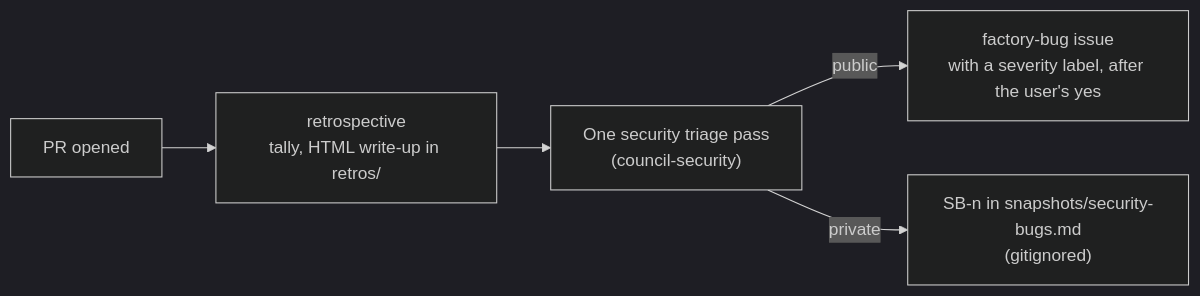
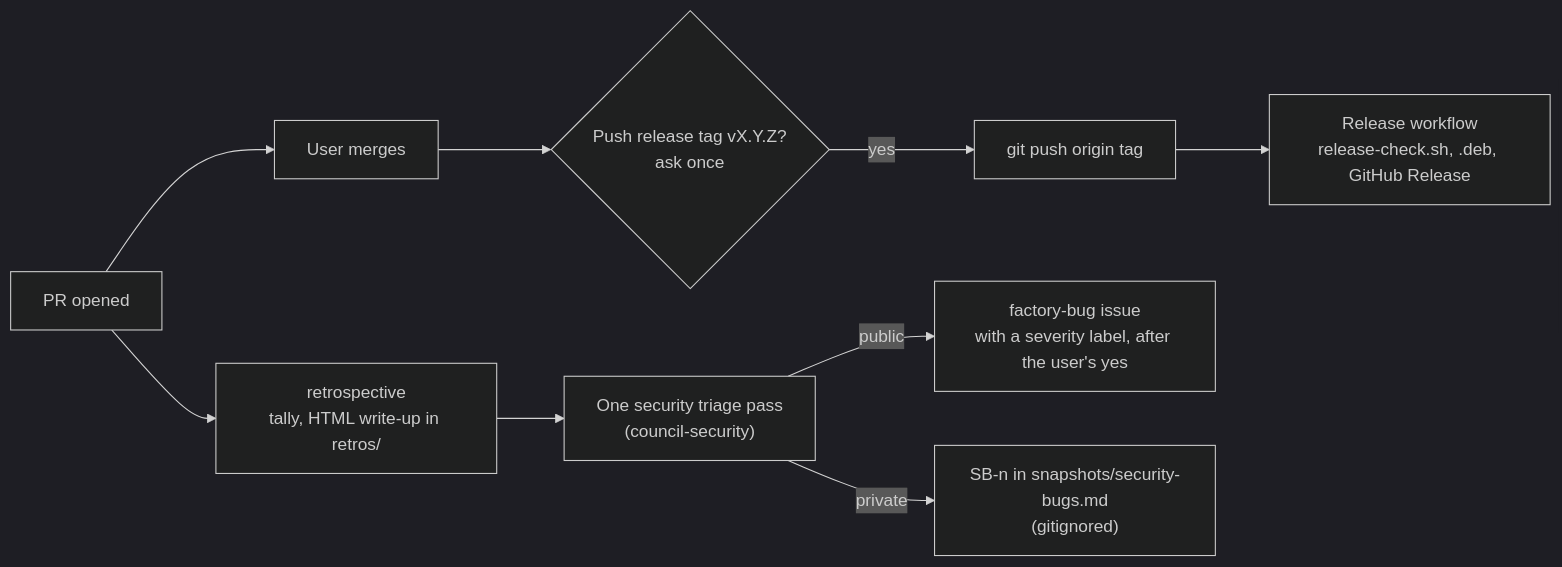
One commit to Sherlock64/zeni changed the third of 3 diagrams in docs/workflow.md. Above: the diagram before and after it, drawn with Mermaid (dark theme). The commit also changed other lines of this file and 72 other files, not shown here.

````diff
--- a/docs/workflow.md
+++ b/docs/workflow.md
@@ -45,7 +49,9 @@
 ```mermaid
 flowchart LR
   PR["PR opened"] --> Retro["retrospective<br/>tally, HTML write-up in retros/"]
+  PR --> Merge["User merges"] --> Ask{"Push release tag vX.Y.Z?<br/>ask once"}
+  Ask -- yes --> Tag["git push origin tag"] --> Rel["Release workflow<br/>release-check.sh, .deb, GitHub Release"]
   Retro --> Triage["One security triage pass<br/>(council-security)"]
   Triage -- public --> Issue["factory-bug issue<br/>with a severity label, after the user's yes"]
   Triage -- private --> SB["SB-n in snapshots/security-bugs.md<br/>(gitignored)"]
 ```
````
